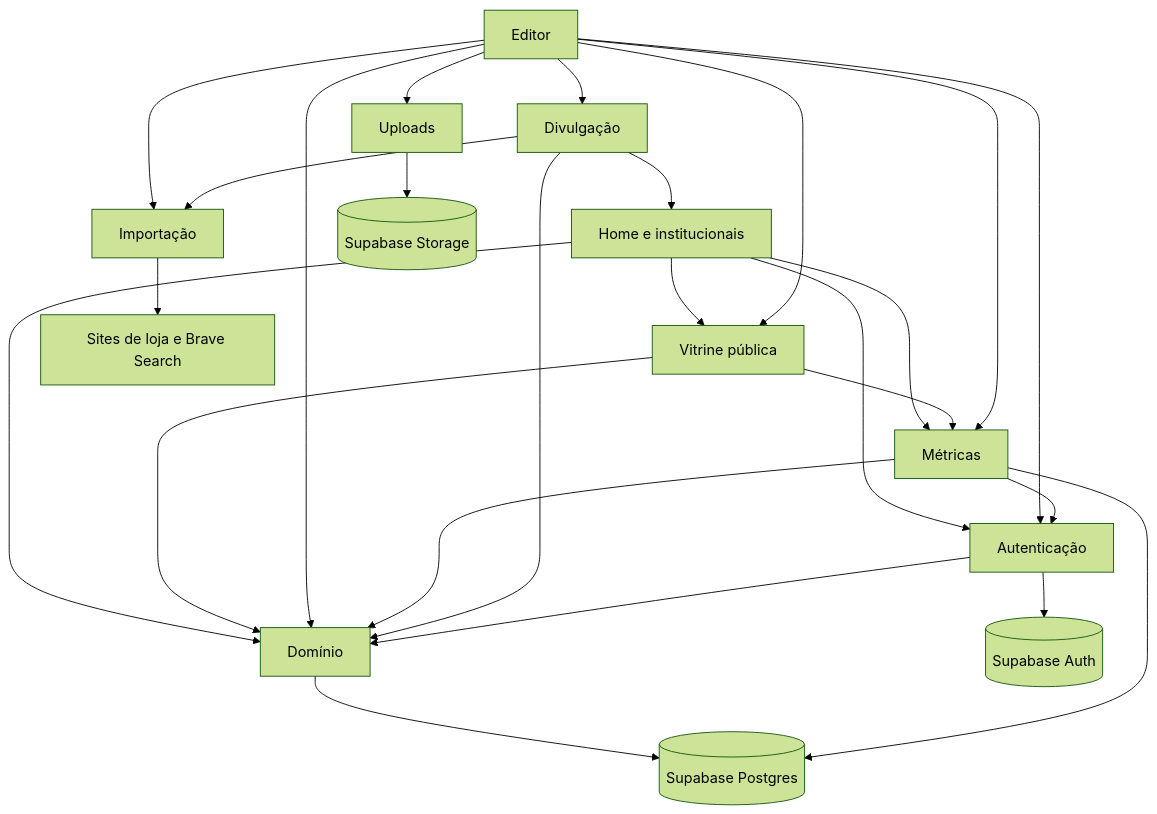
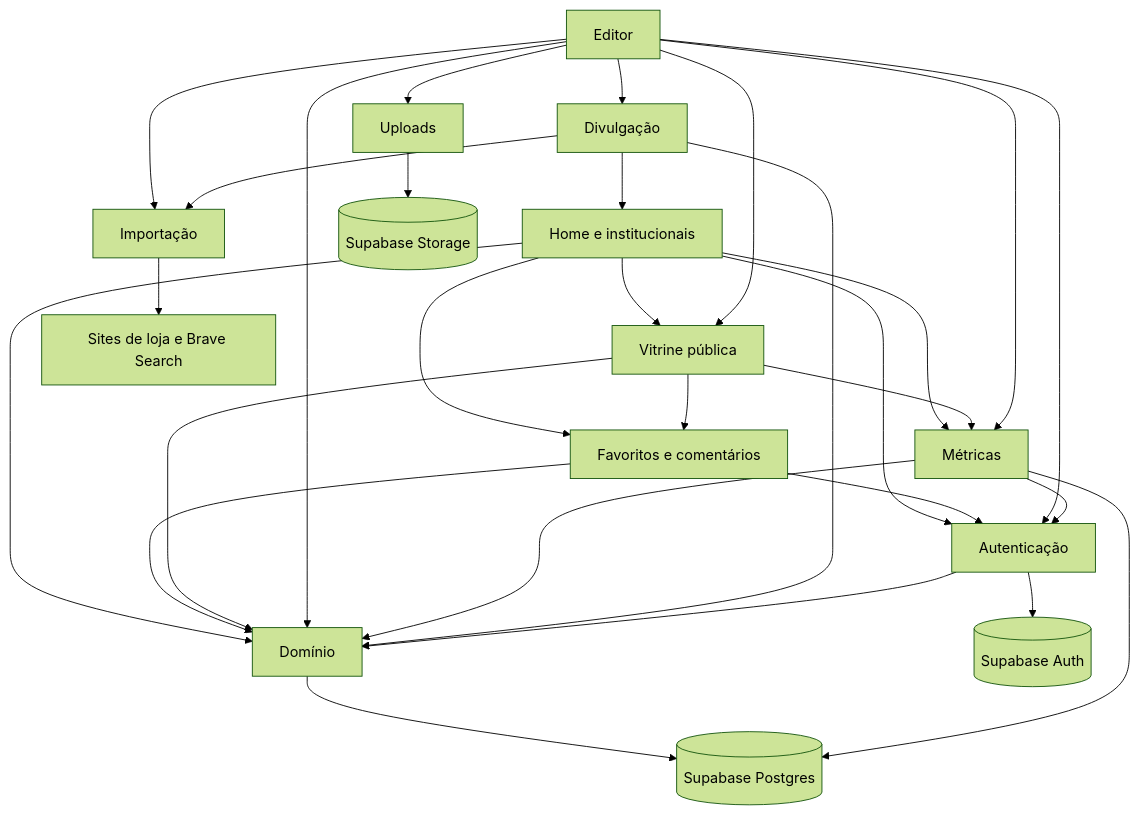
One commit to estevaons/myvitri changed the second of 5 diagrams in docs/architecture.md. Above: the diagram before and after it, drawn with Mermaid (forest theme). The commit also changed other lines of this file and 48 other files, not shown here.

First line of the commit message:
feat: favoritos, comentários, login com e-mail e senha e ajustes de navegação

````diff
--- a/docs/architecture.md
+++ b/docs/architecture.md
@@ -87,27 +88,31 @@
 ```mermaid
 graph TD
     HOME[Home e institucionais] --> DOM[Domínio]
     HOME --> AUTH[Autenticação]
     HOME --> VP[Vitrine pública]
     HOME --> MET
+    HOME --> SOC
+    VP --> SOC[Favoritos e comentários]
+    SOC --> DOM
+    SOC --> AUTH
     VP --> DOM
     VP --> MET[Métricas]
     ED[Editor] --> DOM
     ED --> VP
     ED --> AUTH
     ED --> UP[Uploads]
     ED --> IMP[Importação]
     ED --> MET
     MET --> DOM
     MET --> AUTH
     ED --> DIV[Divulgação]
     DIV --> DOM
     DIV --> HOME
     DIV --> IMP
     AUTH --> DOM
     DOM --> SB[(Supabase Postgres)]
     AUTH --> SBA[(Supabase Auth)]
     UP --> SBS[(Supabase Storage)]
     MET --> SB
     IMP --> EXT[Sites de loja e Brave Search]
 ```
````
